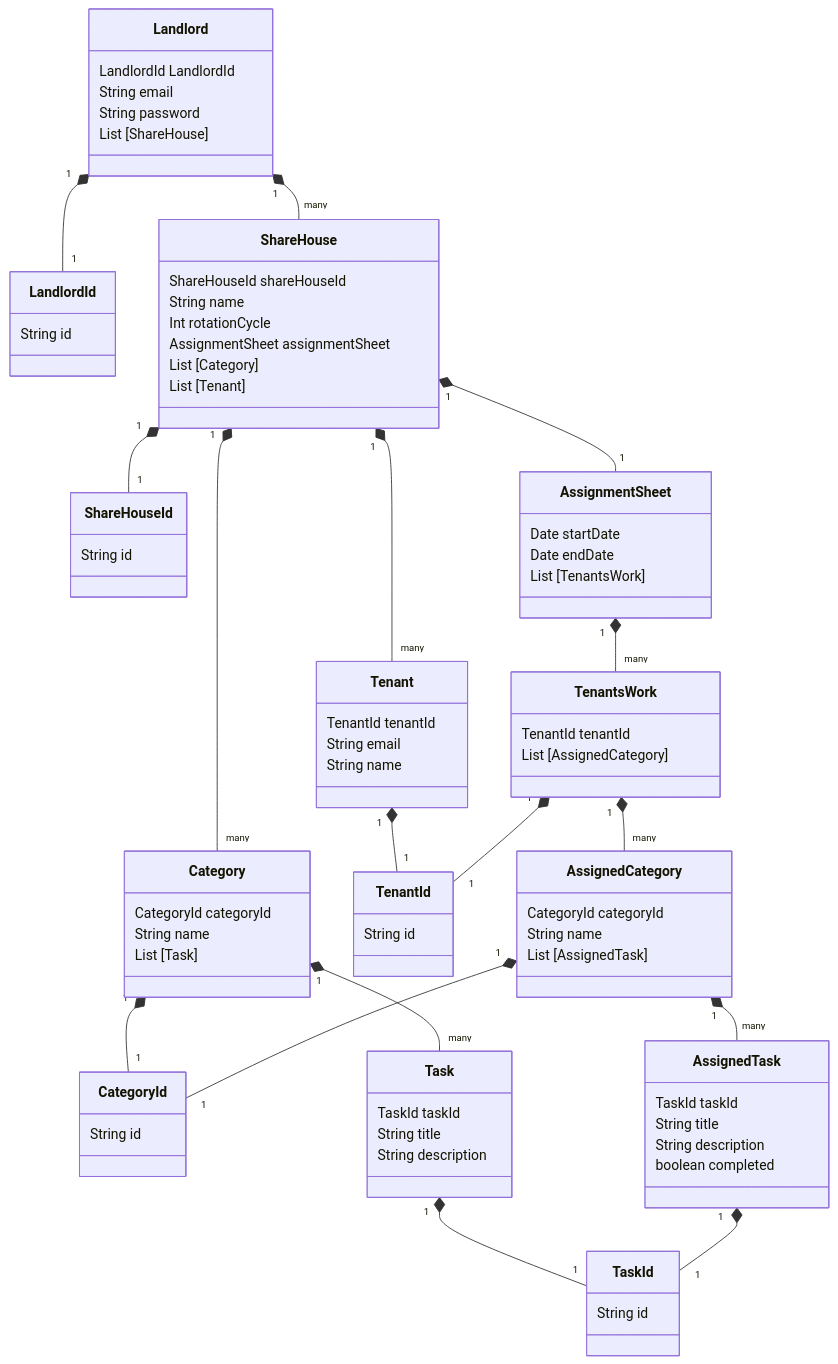
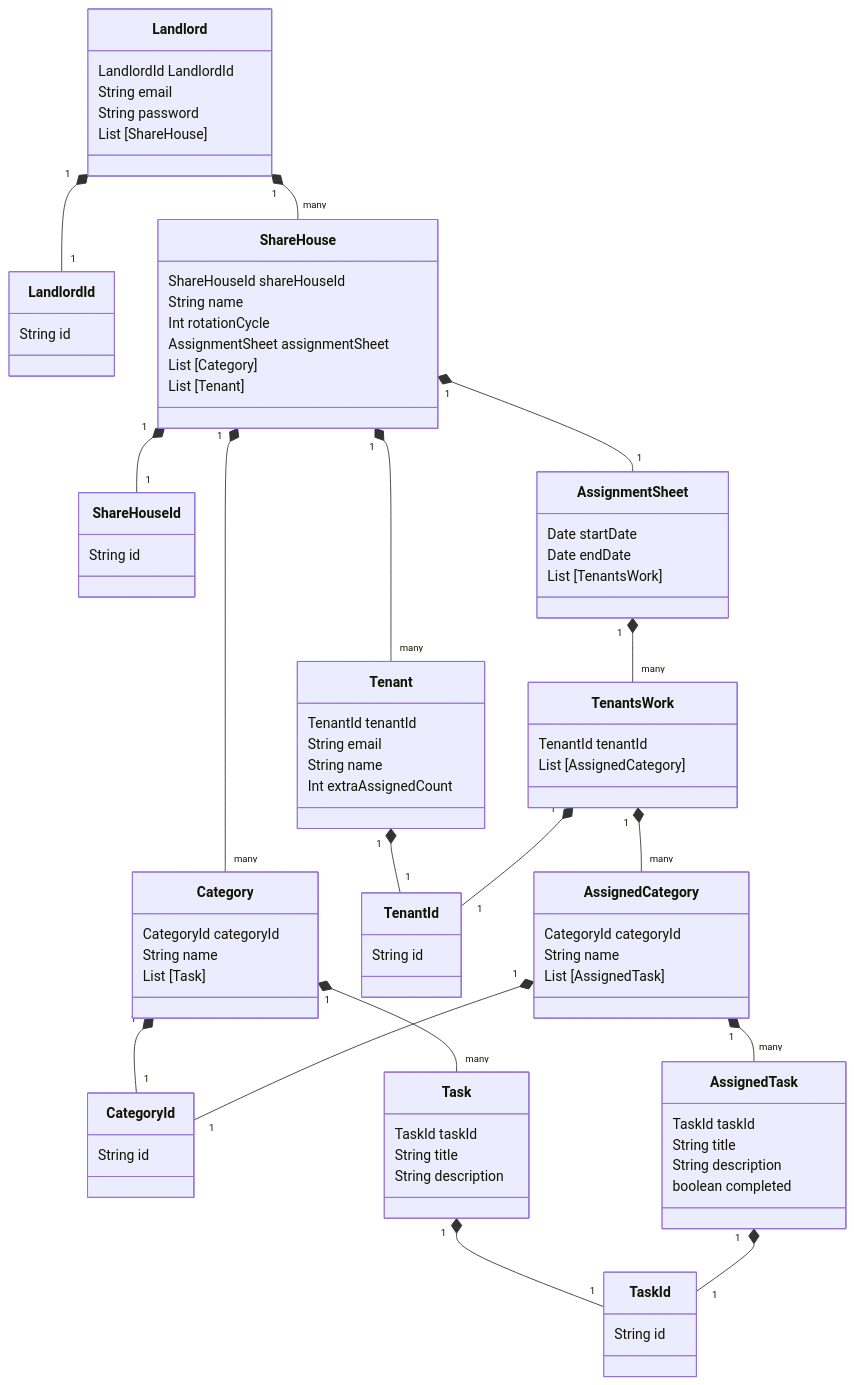
One commit to Tascurator/tascurator-documents changed the diagram in docs/docs/modeling.md. Above: the diagram before and after it, drawn with Mermaid. The commit also changed other lines of this file, not shown here.

```diff
--- a/docs/docs/modeling.md
+++ b/docs/docs/modeling.md
@@ -56,6 +56,7 @@
         TenantId tenantId
         String email
         String name
+        Int extraAssignedCount
     }
 
     class TenantId {
```
